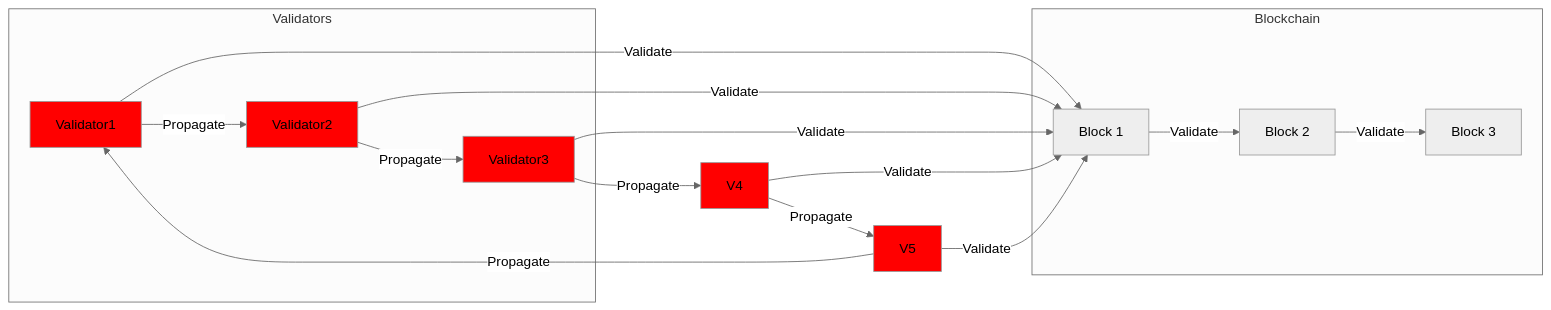
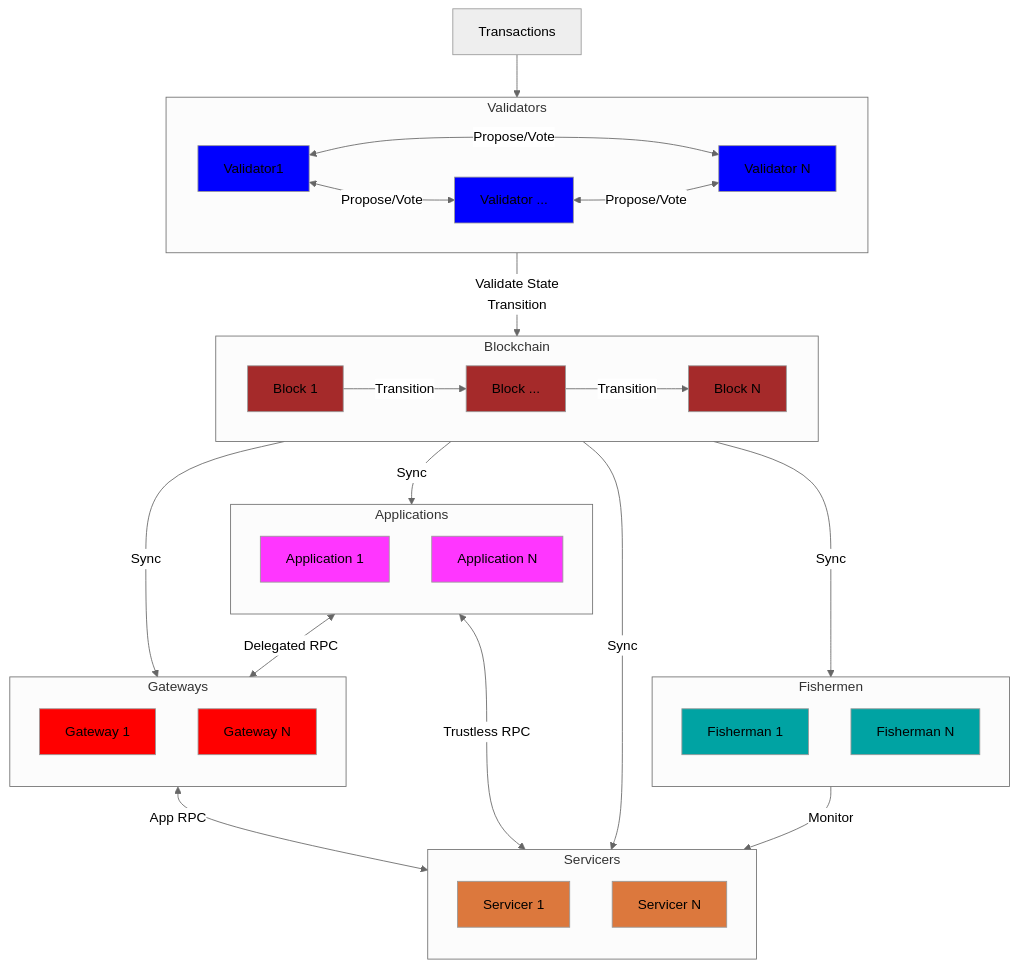
The first of 8 diagrams in utility/README.md (pokt-network/pocket-network-protocol), drawn with Mermaid (neutral theme) before and after one commit. The commit also changed other lines of this file, not shown here.

````diff
--- a/utility/README.md
+++ b/utility/README.md
@@ -71,35 +70,74 @@
 ```mermaid
-graph LR
+flowchart TD
     subgraph Validators
+        direction LR
         V1[Validator1]
-        V2[Validator2]
-        V3[Validator3]
+        V[Validator ...]
+        VN[Validator N]
+    end
+    V1 <--Propose/Vote--> V
+    V1 <--Propose/Vote--> VN
+    V <--Propose/Vote--> VN
+
+    subgraph Blockchain
+        direction LR
+        B1[Block 1]
+        B[Block ...]
+        BN[Block N]
+    end
+    B1 --Transition--> B
+    B --Transition--> BN
+
+    subgraph Servicers
+        direction TB
+        S1[Servicer 1]
+        SN[Servicer N]
     end
 
-    subgraph Blockchain
-        B1[Block 1]
-        B2[Block 2]
-        B3[Block 3]
+    subgraph Applications
+        direction TB
+        A1[Application 1]
+        AN[Application N]
     end
 
-    V1 --Propagate--> V2
-    V2 --Propagate--> V3
-    V3 --Propagate--> V4
-    V4 --Propagate--> V5
-    V5 --Propagate--> V1
+    subgraph Gateways
+        direction TB
+        G1[Gateway 1]
+        GN[Gateway N]
+    end
 
-    V1 --Validate--> B1
-    V2 --Validate--> B1
-    V3 --Validate--> B1
-    V4 --Validate--> B1
-    V5 --Validate--> B1
+    subgraph Fishermen
+        direction TB
+        F1[Fisherman 1]
+        FN[Fisherman N]
+    end
 
-    B1 --Validate--> B2
-    B2 --Validate--> B3
+    Transactions --> Validators
 
-    style V1 fill:#FF0000
-    style V2 fill:#FF0000
-    style V3 fill:#FF0000
-    style V4 fill:#FF0000
-    style V5 fill:#FF0000
+    Validators --Validate State<br>Transition--> Blockchain
+
+    Applications <--Delegated RPC--> Gateways
+    Gateways <--App RPC--> Servicers
+    Applications <--Trustless RPC--> Servicers
+
+    Blockchain --Sync--> Gateways
+    Blockchain --Sync--> Applications
+    Blockchain --Sync--> Servicers
+    Blockchain --Sync--> Fishermen
+
+    Fishermen --Monitor--> Servicers
+
+    classDef blue fill:#0000FF
+    classDef brown fill:#A52A2A
+    classDef red fill:#FF0000
+    classDef yellow fill:#DC783D
+    classDef acqua fill:#00A3A3
+    classDef purple fill:#FF36FF
+
+    class V1,V,VN blue
+    class B1,B,BN brown
+    class S1,SN yellow
+    class G1,GN red
+    class F1,FN acqua
+    class A1,AN purple
 ```
````
